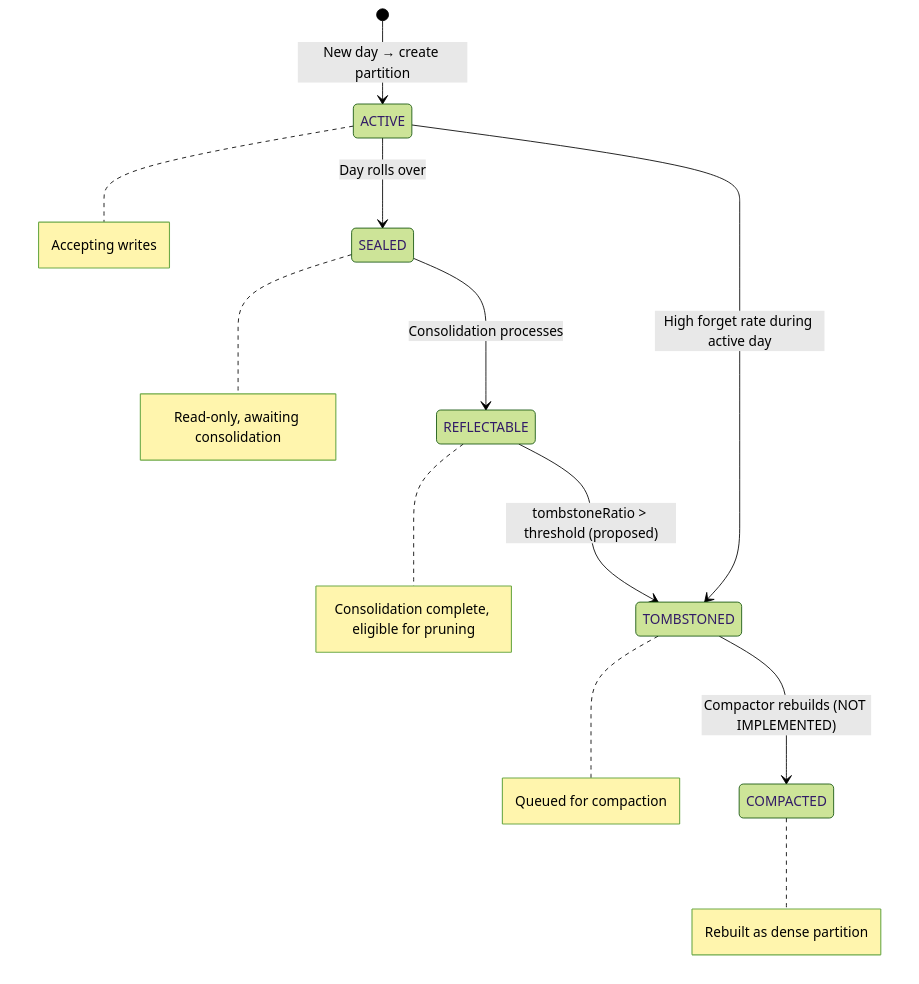
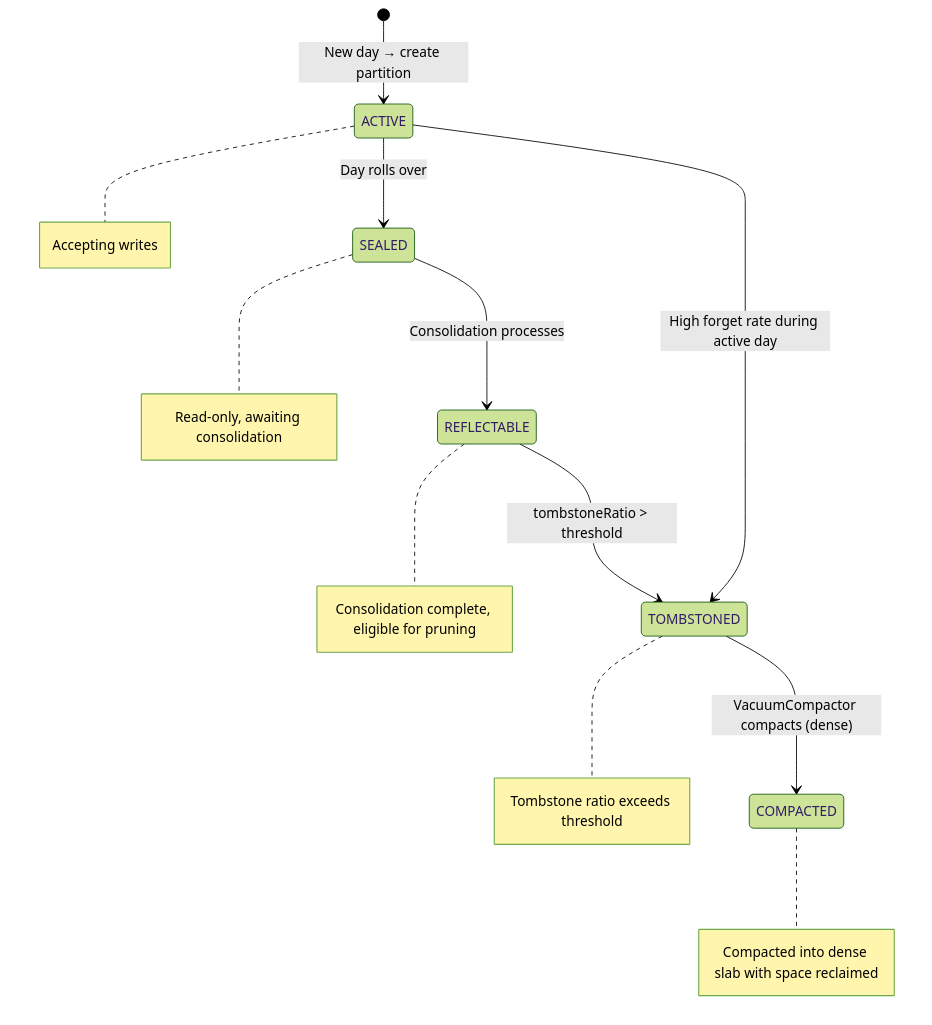
One commit to spectrayan/spector changed the fourth of 5 diagrams in docs/memory/consolidation.md. Above: the diagram before and after it, drawn with Mermaid (forest theme). The commit also changed other lines of this file and 65 other files, not shown here.

First line of the commit message:
feat(memory): implement purge (R1) and physical tombstone compaction (R2) (#996)

````diff
--- a/docs/memory/consolidation.md
+++ b/docs/memory/consolidation.md
@@ -125,16 +130,16 @@
 ```mermaid
 stateDiagram-v2
     [*] --> ACTIVE: New day → create partition
     ACTIVE --> SEALED: Day rolls over
     SEALED --> REFLECTABLE: Consolidation processes
-    REFLECTABLE --> TOMBSTONED: tombstoneRatio > threshold (proposed)
-    TOMBSTONED --> COMPACTED: Compactor rebuilds (NOT IMPLEMENTED)
+    REFLECTABLE --> TOMBSTONED: tombstoneRatio > threshold
+    TOMBSTONED --> COMPACTED: VacuumCompactor compacts (dense)
 
     ACTIVE --> TOMBSTONED: High forget rate during active day
 
     note right of ACTIVE: Accepting writes
     note right of SEALED: Read-only, awaiting consolidation
     note right of REFLECTABLE: Consolidation complete, eligible for pruning
-    note right of TOMBSTONED: Queued for compaction
-    note right of COMPACTED: Rebuilt as dense partition
+    note right of TOMBSTONED: Tombstone ratio exceeds threshold
+    note right of COMPACTED: Compacted into dense slab with space reclaimed
 ```
````
